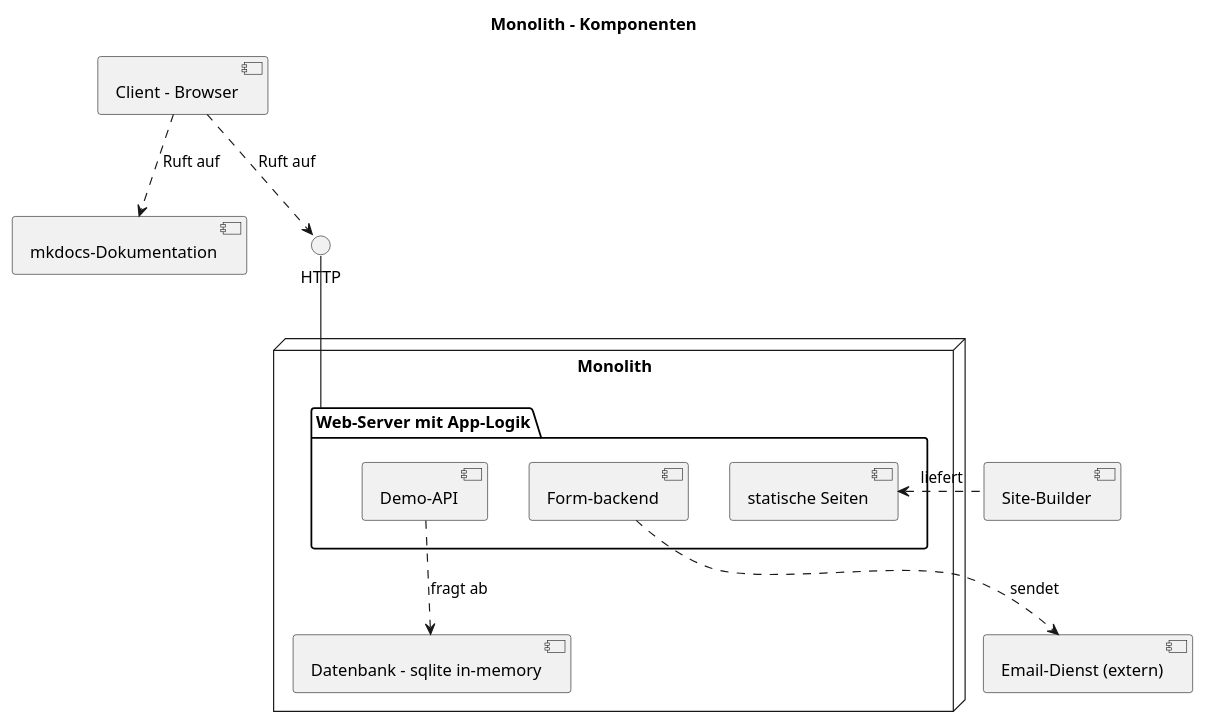
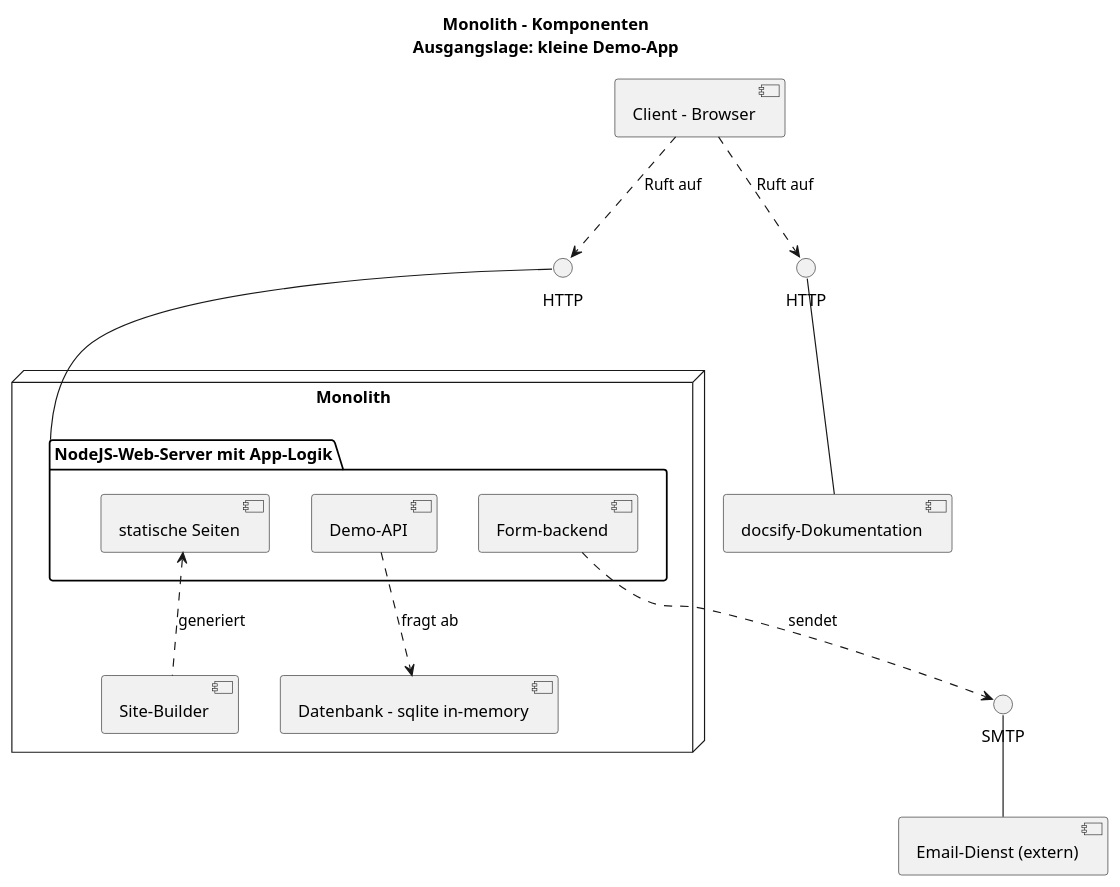
The diagram in 001_start/monolith_arch.puml (bylexus/m347-dienste-mit-containern-unterricht), drawn with PlantUML before and after one commit. The commit also changed 41 other files, not shown here.

```diff
--- a/001_start/monolith_arch.puml
+++ b/001_start/monolith_arch.puml
@@ -1,23 +2,36 @@
 @startuml
-title Monolith - Komponenten
+title
+Monolith - Komponenten
+Ausgangslage: kleine Demo-App
+endtitle
 
 [Client - Browser] as client
-node "Monolith" as monolith {
-	package "Web-Server mit App-Logik" as webserver {
-		[statische Seiten] as static_site
-		[Form-backend] as form_backend
-		[Demo-API] as api
+together {
+	node "Monolith" as monolith {
+		[Site-Builder] as site_builder
+		package "NodeJS-Web-Server mit App-Logik" as webserver {
+			[statische Seiten] as static_site
+			[Form-backend] as form_backend
+			[Demo-API] as api
+		}
+		[Datenbank - sqlite in-memory] as db
 	}
-	[Datenbank - sqlite in-memory] as db
+	[docsify-Dokumentation] as doc
 }
-[Site-Builder] as site_builder
 
+interface SMTP as smtp
 [Email-Dienst (extern)] as email
-[mkdocs-Dokumentation] as doc
-HTTP -- webserver
-client ..> HTTP: Ruft auf
-client ..> doc: Ruft auf
+smtp -- email
+
+interface HTTP as http 
+http -- webserver
+client ..> http: Ruft auf
+
+interface HTTP as http_doc 
+http_doc -- doc
+client ..> http_doc: Ruft auf
+
 api ..> db: fragt ab
-form_backend ..> email: sendet
-site_builder .left.> static_site: liefert
+form_backend ..> smtp: sendet
+site_builder .up.> static_site: generiert
 @enduml
```
